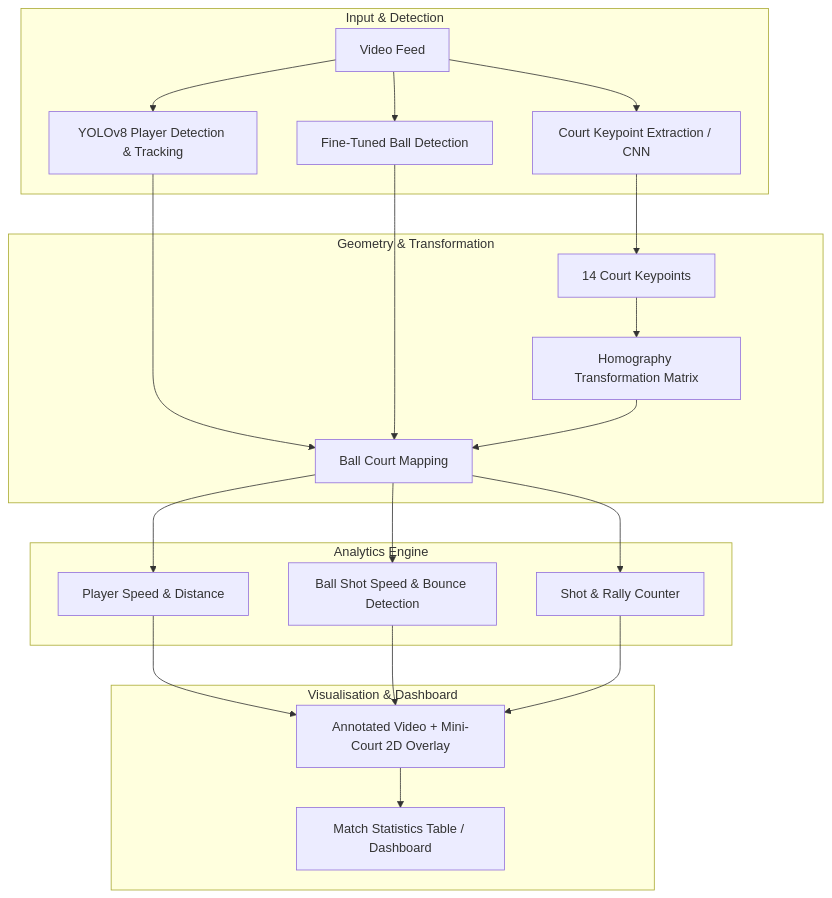
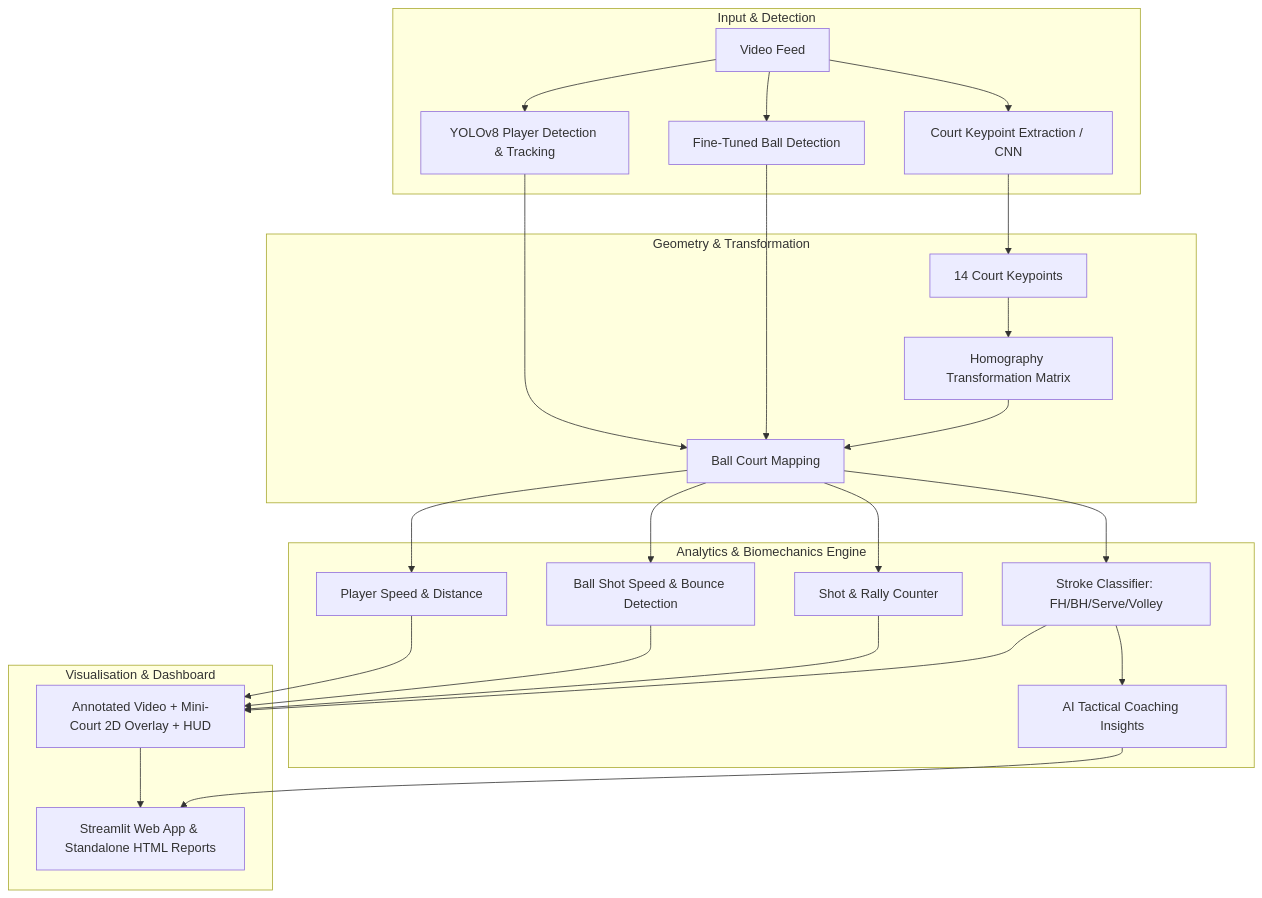
One commit to water-bear-dev/tennis-visualiser changed the diagram in features.md. Above: the diagram before and after it, drawn with Mermaid. The commit also changed other lines of this file and 9 other files, not shown here.

Commit message:
feat: implement automated AI coaching insights and multi-format match reporting generator

````diff
--- a/features.md
+++ b/features.md
@@ -9,29 +9,33 @@
 ```mermaid
 graph TD
     subgraph Input & Detection
         V[Video Feed] --> YP[YOLOv8 Player Detection & Tracking]
         V --> YB[Fine-Tuned Ball Detection]
         V --> CK[Court Keypoint Extraction / CNN]
     end
 
     subgraph Geometry & Transformation
         CK --> HK[14 Court Keypoints]
         HK --> HM[Homography Transformation Matrix]
         YP --> MC[Player Court Mapping]
         YB --> MC[Ball Court Mapping]
         HM --> MC
     end
 
-    subgraph Analytics Engine
+    subgraph Analytics & Biomechanics Engine
         MC --> PS[Player Speed & Distance]
         MC --> BS[Ball Shot Speed & Bounce Detection]
         MC --> SC[Shot & Rally Counter]
+        MC --> ST[Stroke Classifier: FH/BH/Serve/Volley]
+        ST --> CG[AI Tactical Coaching Insights]
     end
 
     subgraph Visualisation & Dashboard
-        PS --> AN[Annotated Video + Mini-Court 2D Overlay]
+        PS --> AN[Annotated Video + Mini-Court 2D Overlay + HUD]
         BS --> AN
         SC --> AN
-        AN --> ST[Match Statistics Table / Dashboard]
+        ST --> AN
+        AN --> ST_UI[Streamlit Web App & Standalone HTML Reports]
+        CG --> ST_UI
     end
 ```
````
